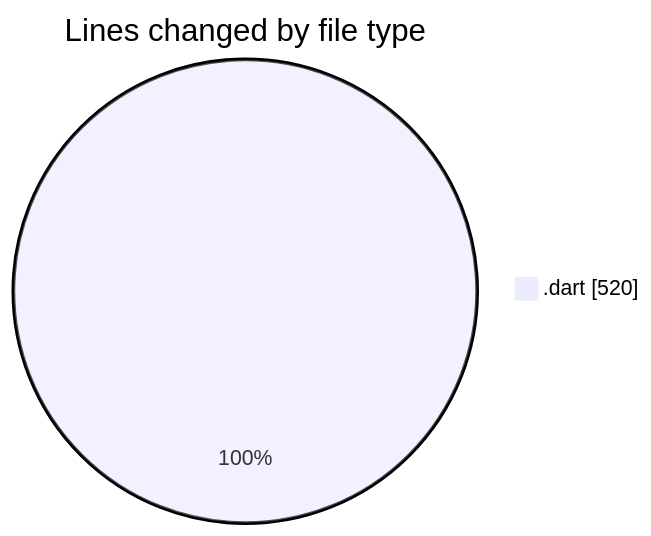
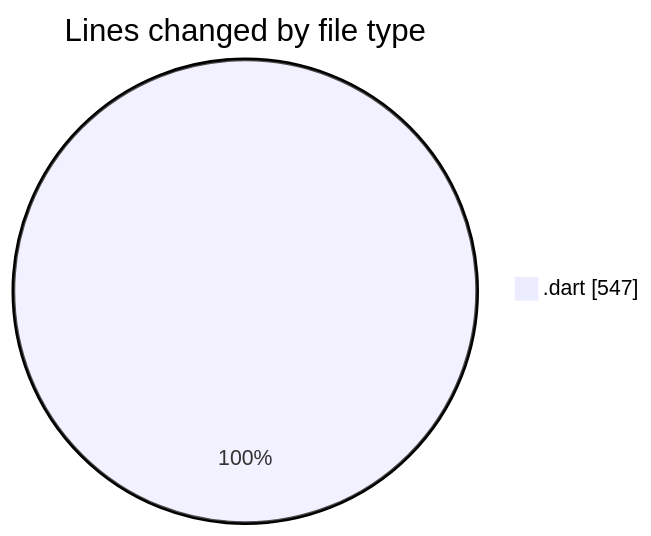
Before and after one commit to donsfak/code-tracking: the first of 2 diagrams in 2025-02-27/uber_clone/README.md, drawn with Mermaid. The commit also changed other lines of this file and 1 other file, not shown here.

````diff
--- a/2025-02-27/uber_clone/README.md
+++ b/2025-02-27/uber_clone/README.md
@@ -21,5 +21,5 @@
 ```mermaid
 pie showData
 title Lines changed by file type
-".dart" : 520
+".dart" : 547
 ```
````
